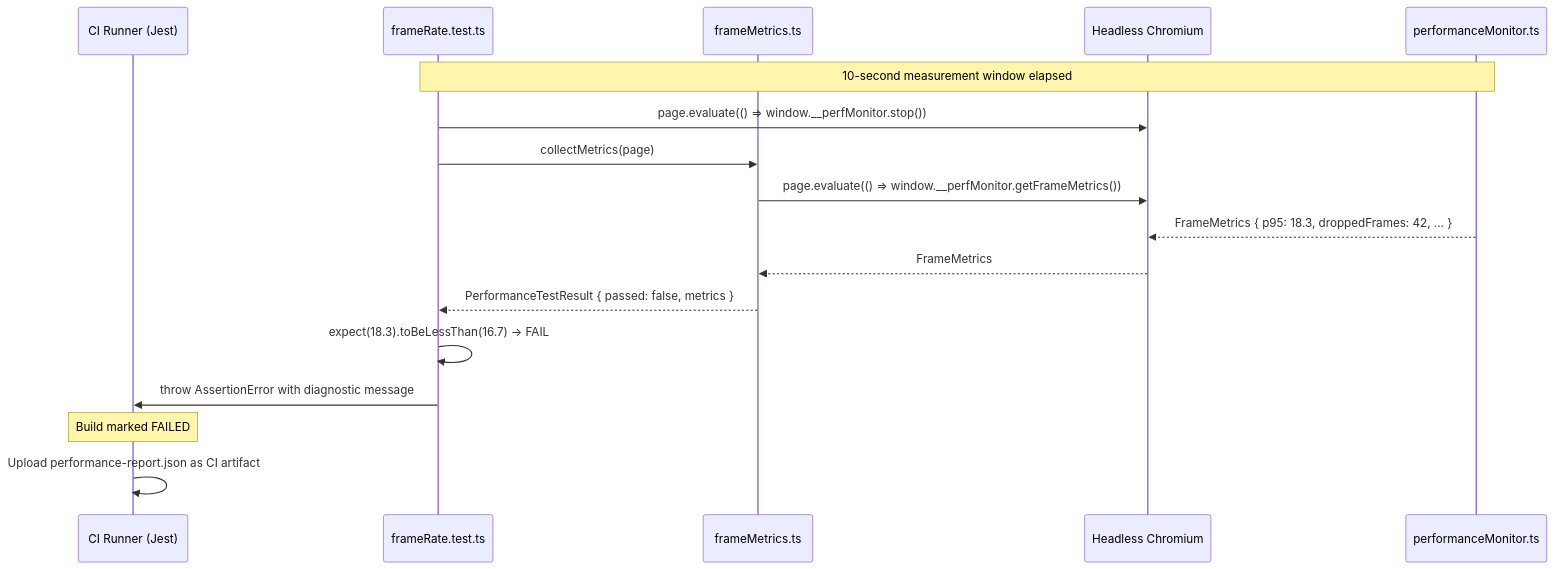
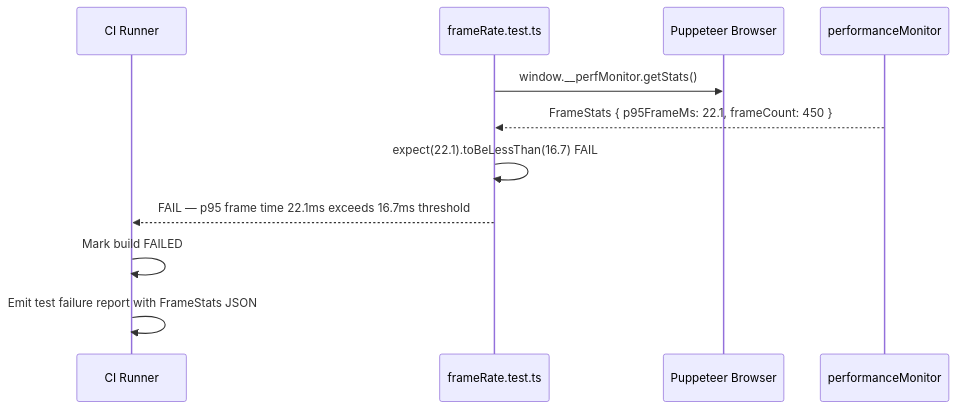
The second of 4 diagrams in docs/features/NFR-PERF-001/LOW_LEVEL_DESIGN.md (sreenivasmrpivot/legobuilder), drawn with Mermaid before and after one commit. The commit also changed other lines of this file, not shown here.

First line of the commit message:
docs: LLD for NFR-PERF-001 — Enforce ≥60 FPS frame rate with 500 bricks via automated performance tests

````diff
--- a/docs/features/NFR-PERF-001/LOW_LEVEL_DESIGN.md
+++ b/docs/features/NFR-PERF-001/LOW_LEVEL_DESIGN.md
@@ -285,21 +307,14 @@
 ```mermaid
 sequenceDiagram
-    participant CI as CI Runner (Jest)
+    participant CI as CI Runner
     participant PT as frameRate.test.ts
-    participant FM as frameMetrics.ts
-    participant BR as Headless Chromium
-    participant PM as performanceMonitor.ts
+    participant PU as Puppeteer Browser
+    participant PM as performanceMonitor
 
-    Note over PT,PM: 10-second measurement window elapsed
-    PT->>BR: page.evaluate(() => window.__perfMonitor.stop())
-    PT->>FM: collectMetrics(page)
-    FM->>BR: page.evaluate(() => window.__perfMonitor.getFrameMetrics())
-    PM-->>BR: FrameMetrics { p95: 18.3, droppedFrames: 42, ... }
-    BR-->>FM: FrameMetrics
-    FM-->>PT: PerformanceTestResult { passed: false, metrics }
-
-    PT->>PT: expect(18.3).toBeLessThan(16.7) → FAIL
-    PT->>CI: throw AssertionError with diagnostic message
-    Note over CI: Build marked FAILED
-    CI->>CI: Upload performance-report.json as CI artifact
+    PT->>PU: window.__perfMonitor.getStats()
+    PM-->>PT: FrameStats { p95FrameMs: 22.1, frameCount: 450 }
+    PT->>PT: expect(22.1).toBeLessThan(16.7) FAIL
+    PT-->>CI: FAIL — p95 frame time 22.1ms exceeds 16.7ms threshold
+    CI->>CI: Mark build FAILED
+    CI->>CI: Emit test failure report with FrameStats JSON
 ```
````
